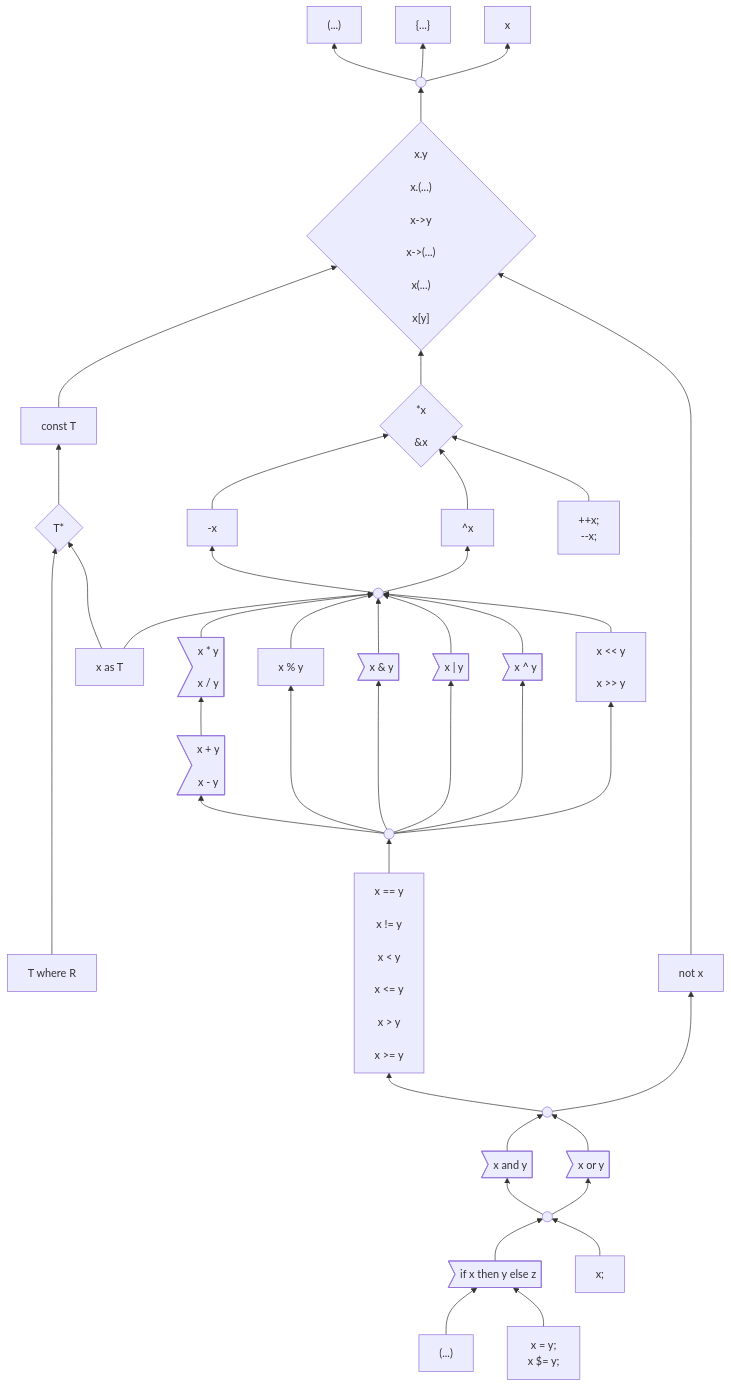
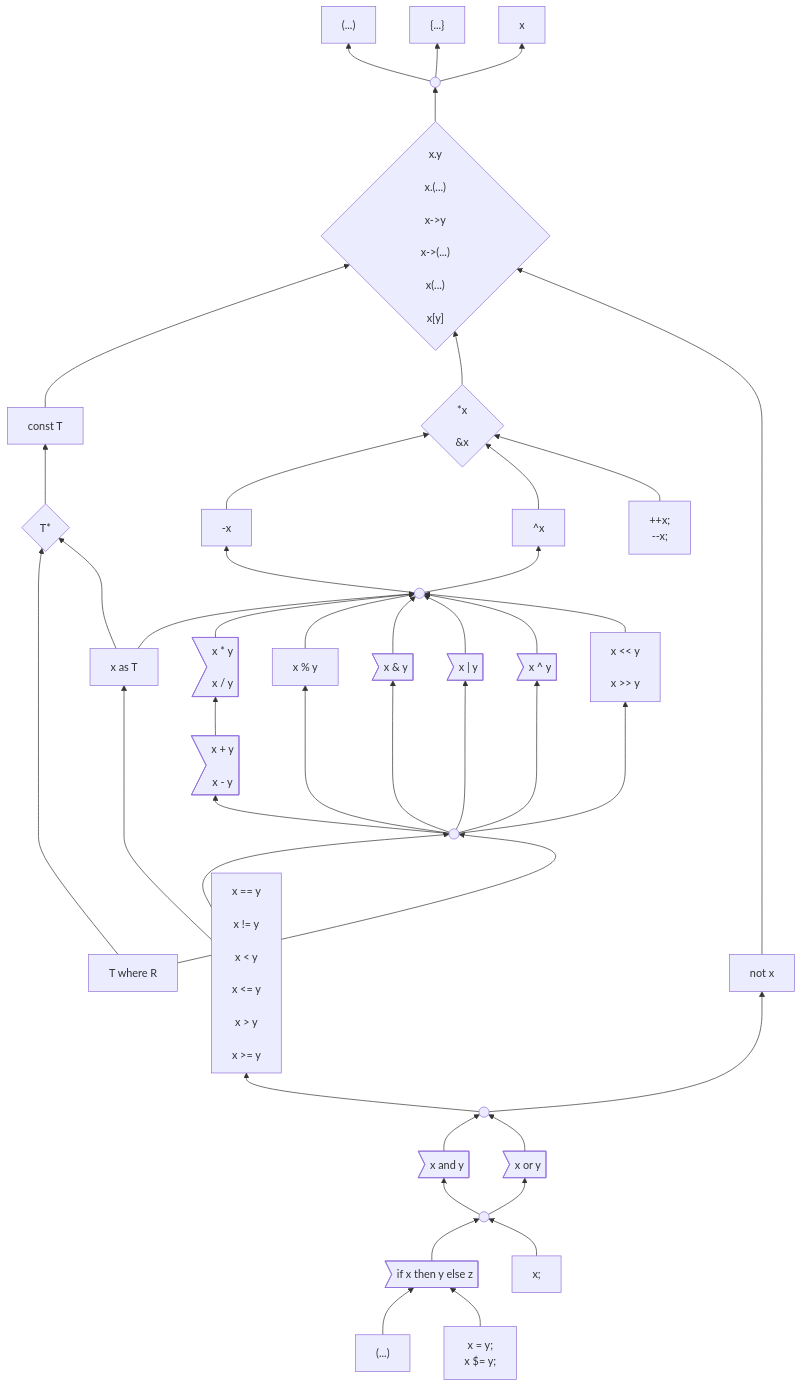
The first of 3 diagrams in docs/design/expressions/README.md (carbon-language/carbon-lang), drawn with Mermaid before and after one commit.

Commit message:
Checkpoint progress.

```diff
--- a/docs/design/expressions/README.md
+++ b/docs/design/expressions/README.md
@@ -171,7 +171,8 @@
     addition --> multiplication
     binaryOps --> addition & modulo & bitwise_and & bitwise_or & bitwise_xor & shift
     comparison --> binaryOps
-    %% where ----> binaryOps
+    comparison ----> as
+    where --> binaryOps
     logicalOperand --> comparison & not
     and & or --> logicalOperand
     logicalExpression --> and & or
```
